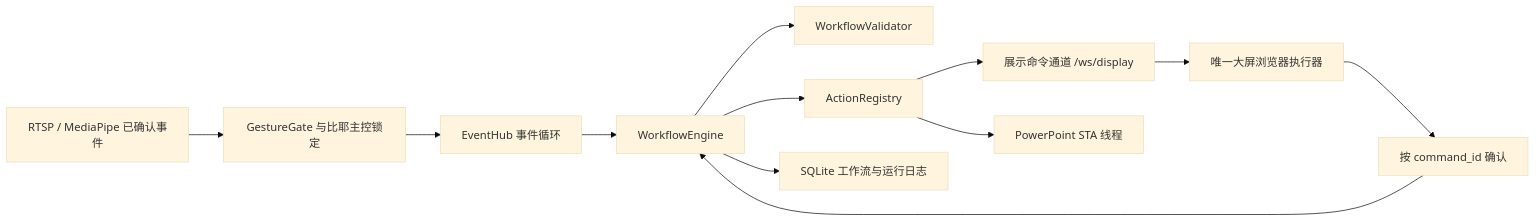
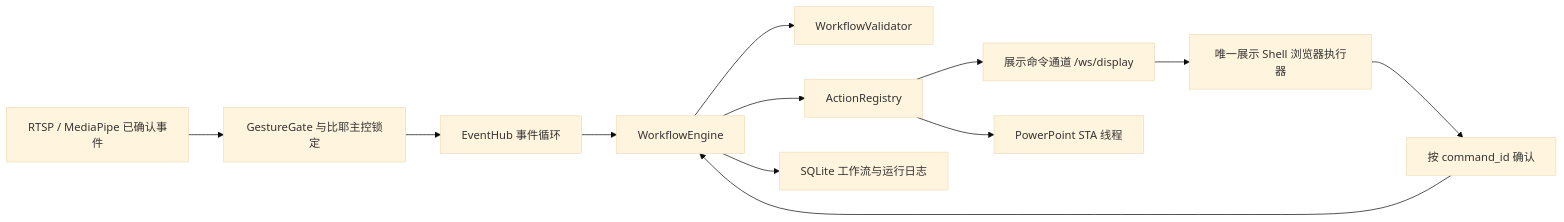
The diagram in WORKFLOWS.md (seele0413/gesture-recognition), drawn with Mermaid (base theme) before and after one commit. The commit also changed other lines of this file and 14 other files, not shown here.

````diff
--- a/WORKFLOWS.md
+++ b/WORKFLOWS.md
@@ -5,14 +5,14 @@
 ```mermaid
 flowchart LR
   A[RTSP / MediaPipe 已确认事件] --> B[GestureGate 与比耶主控锁定]
   B --> C[EventHub 事件循环]
   C --> D[WorkflowEngine]
   D --> E[WorkflowValidator]
   D --> F[ActionRegistry]
   F --> G[展示命令通道 /ws/display]
-  G --> H[唯一大屏浏览器执行器]
+  G --> H[唯一展示 Shell 浏览器执行器]
   F --> I[PowerPoint STA 线程]
   D --> J[SQLite 工作流与运行日志]
   H --> K[按 command_id 确认]
   K --> D
 ```
````
